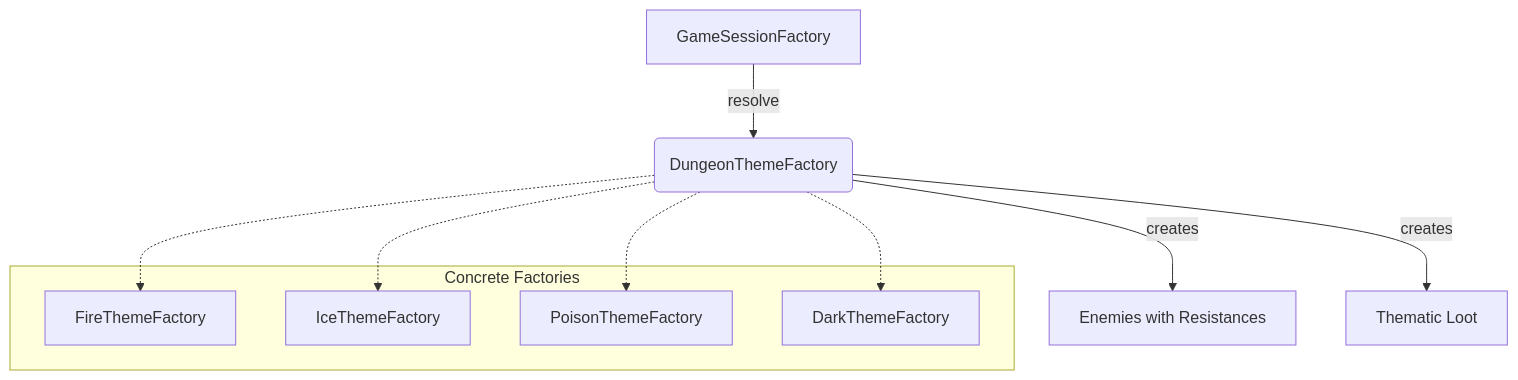
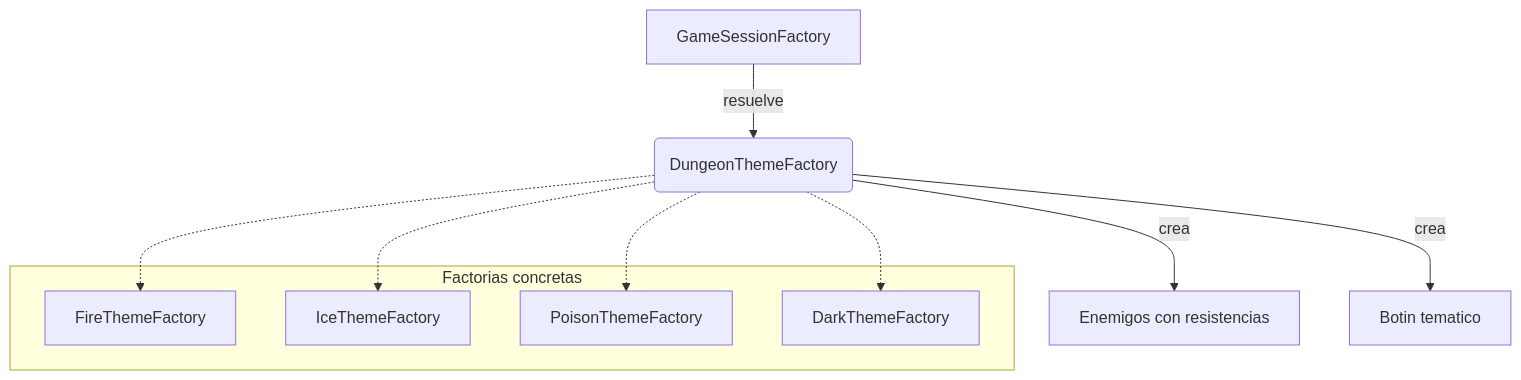
One commit to Craos6518/dungeon-crawler-patterns changed the diagram in docs/03-patterns/abstract-factory.md. Above: the diagram before and after it, drawn with Mermaid. The commit also changed 11 other files, not shown here.

Commit message:
refactor: actualizar diagramas y terminología en la documentación de patrones

````diff
--- a/docs/03-patterns/abstract-factory.md
+++ b/docs/03-patterns/abstract-factory.md
@@ -33,16 +33,16 @@
 ```mermaid
 graph TD
-    A[GameSessionFactory] -->|resolve| B(DungeonThemeFactory)
-    B -->|creates| C[Enemies with Resistances]
-    B -->|creates| D[Thematic Loot]
-    subgraph Concrete Factories
+    A[GameSessionFactory] -->|resuelve| B(DungeonThemeFactory)
+    B -->|crea| C[Enemigos con resistencias]
+    B -->|crea| D[Botin tematico]
+    subgraph Factorias concretas
     E[FireThemeFactory]
     F[IceThemeFactory]
     G[PoisonThemeFactory]
     H[DarkThemeFactory]
     end
     B -.-> E
     B -.-> F
     B -.-> G
     B -.-> H
 ```
````
